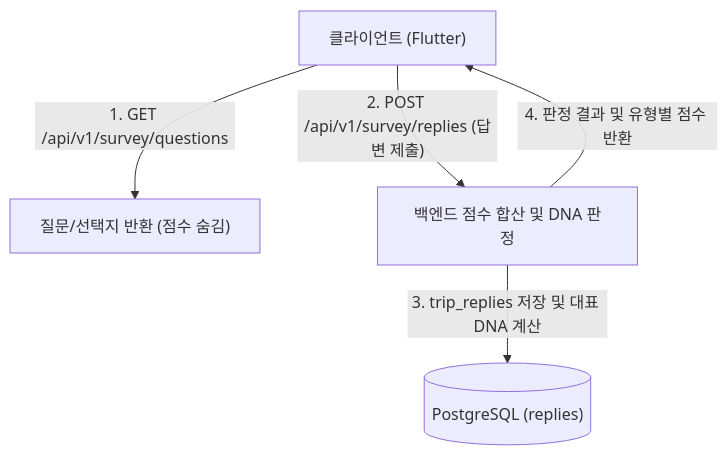
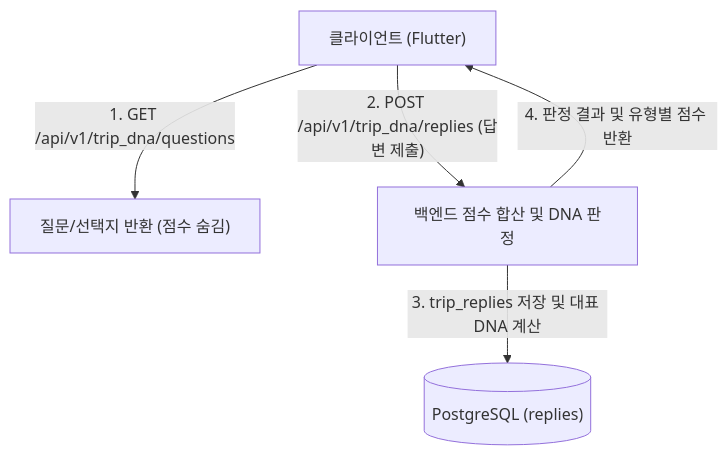
One commit to Rainbow-Developer/ColorTrip changed the diagram in docs/specs/010-travel-dna/description.md. Above: the diagram before and after it, drawn with Mermaid. The commit also changed other lines of this file and 9 other files, not shown here.

First line of the commit message:
feat: 설문 답변 제출 및 DNA 판정 API 구현

````diff
--- a/docs/specs/010-travel-dna/description.md
+++ b/docs/specs/010-travel-dna/description.md
@@ -9,7 +9,7 @@
 ```mermaid
 flowchart TD
-    C["클라이언트 (Flutter)"] -->|"1. GET /api/v1/survey/questions"| Q["질문/선택지 반환 (점수 숨김)"]
-    C -->|"2. POST /api/v1/survey/replies (답변 제출)"| S["백엔드 점수 합산 및 DNA 판정"]
+    C["클라이언트 (Flutter)"] -->|"1. GET /api/v1/trip_dna/questions"| Q["질문/선택지 반환 (점수 숨김)"]
+    C -->|"2. POST /api/v1/trip_dna/replies (답변 제출)"| S["백엔드 점수 합산 및 DNA 판정"]
     S -->|"3. trip_replies 저장 및 대표 DNA 계산"| DB[("PostgreSQL (replies)")]
     S -->|"4. 판정 결과 및 유형별 점수 반환"| C
 ```
````
